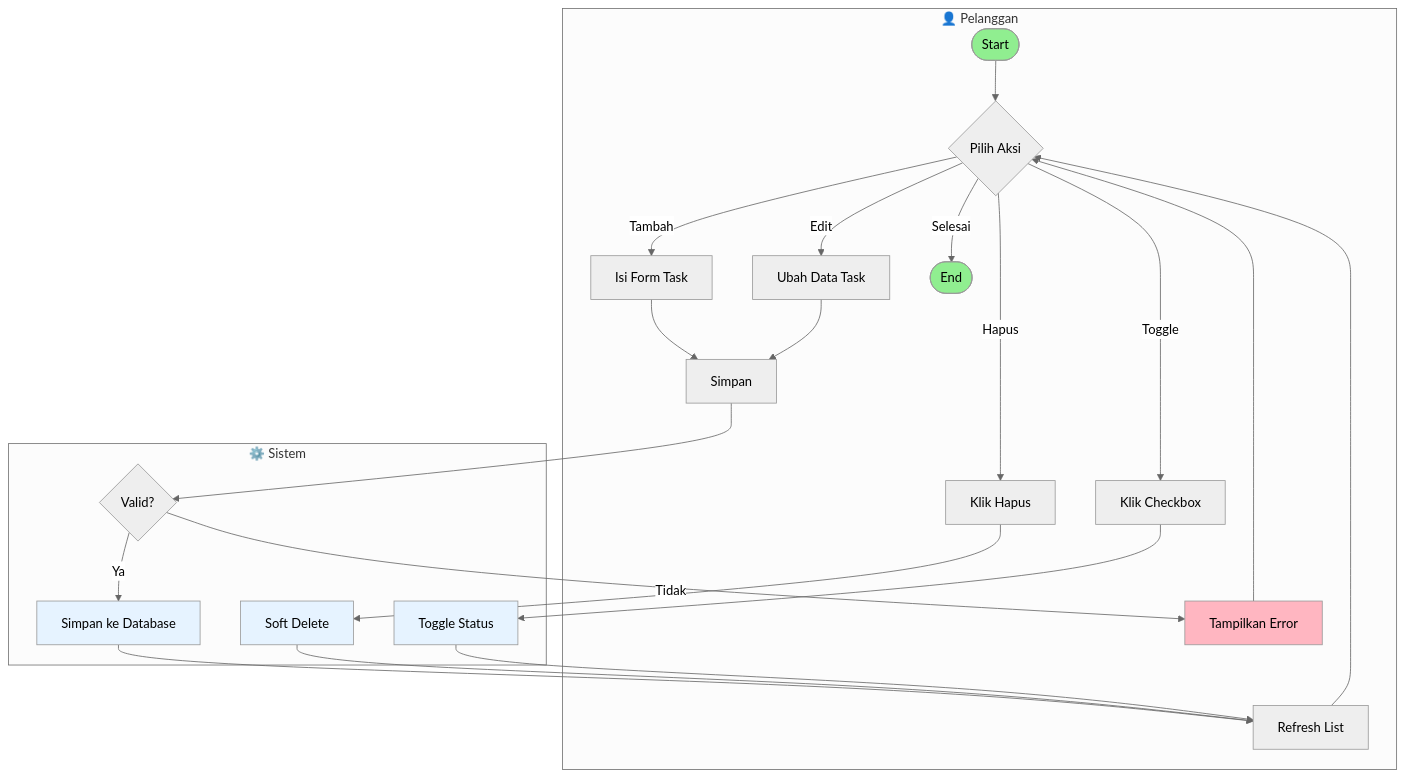
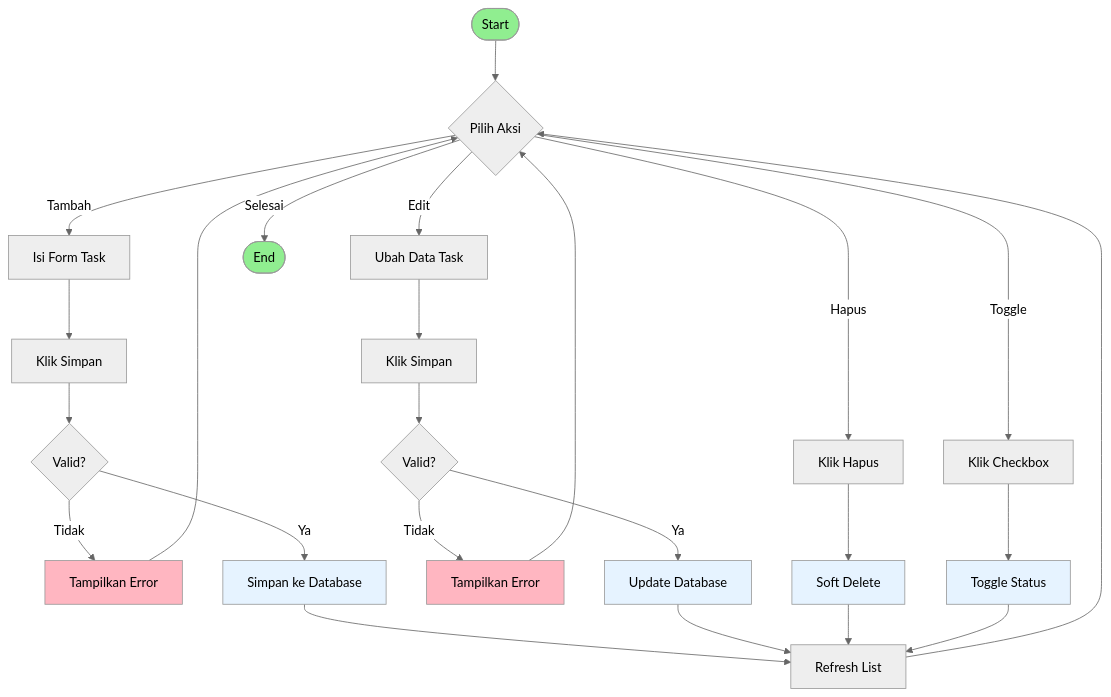
The third of 11 diagrams in ACTIVITY_DIAGRAMS.md (FarhanEfendi21/FlowDay), drawn with Mermaid (neutral theme) before and after one commit. The commit also changed other lines of this file, not shown here.

Commit message:
fix activity diagram

````diff
--- a/ACTIVITY_DIAGRAMS.md
+++ b/ACTIVITY_DIAGRAMS.md
@@ -92,35 +78,40 @@
 ```mermaid
-graph TD
-    subgraph User["👤 Pelanggan"]
-        A([Start]) --> B{Pilih Aksi}
-        B -->|Tambah| C[Isi Form Task]
-        B -->|Edit| D[Ubah Data Task]
-        B -->|Hapus| E[Klik Hapus]
-        B -->|Toggle| F[Klik Checkbox]
-        C --> G[Simpan]
-        D --> G
-        H[Tampilkan Error] --> B
-        I[Refresh List] --> B
-        B -->|Selesai| J([End])
-    end
+flowchart TB
+    Start([Start]) --> Menu{Pilih Aksi}
     
-    subgraph System["⚙️ Sistem"]
-        K{Valid?}
-        K -->|Tidak| H
-        K -->|Ya| L[Simpan ke Database]
-        L --> I
-        M[Soft Delete] --> I
-        N[Toggle Status] --> I
-    end
+    Menu -->|Tambah| A1[Isi Form Task]
+    A1 --> A2[Klik Simpan]
+    A2 --> V1{Valid?}
+    V1 -->|Tidak| E1[Tampilkan Error]
+    E1 --> Menu
+    V1 -->|Ya| S1[Simpan ke Database]
+    S1 --> R[Refresh List]
     
-    G --> K
-    E --> M
-    F --> N
+    Menu -->|Edit| B1[Ubah Data Task]
+    B1 --> B2[Klik Simpan]
+    B2 --> V2{Valid?}
+    V2 -->|Tidak| E2[Tampilkan Error]
+    E2 --> Menu
+    V2 -->|Ya| S2[Update Database]
+    S2 --> R
+    
+    Menu -->|Hapus| C1[Klik Hapus]
+    C1 --> C2[Soft Delete]
+    C2 --> R
+    
+    Menu -->|Toggle| D1[Klik Checkbox]
+    D1 --> D2[Toggle Status]
+    D2 --> R
+    
+    R --> Menu
+    Menu -->|Selesai| End([End])
 
-    style A fill:#90EE90
-    style J fill:#90EE90
-    style H fill:#FFB6C1
-    style L fill:#E6F3FF
-    style M fill:#E6F3FF
-    style N fill:#E6F3FF
+    style Start fill:#90EE90
+    style End fill:#90EE90
+    style E1 fill:#FFB6C1
+    style E2 fill:#FFB6C1
+    style S1 fill:#E6F3FF
+    style S2 fill:#E6F3FF
+    style C2 fill:#E6F3FF
+    style D2 fill:#E6F3FF
 ```
````
